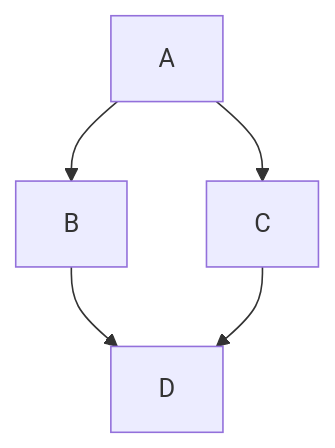
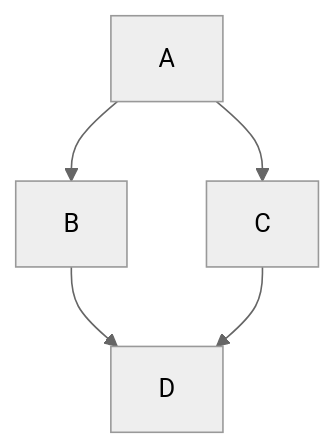
Before and after one commit to brianhuster/live-preview.nvim: the diagram in tests/test.md, drawn with Mermaid. The commit also changed other lines of this file and 1 other file, not shown here.

Commit message:
fix mermaid in dark mode

````diff
--- a/tests/test.md
+++ b/tests/test.md
@@ -3,7 +3,8 @@
 ```mermaid 
-graph
+%%{init: {'theme':'neutral'}}%%
+graph TD
     A-->B;
     A-->C;
     B-->D;
     C-->D;
 ```
````
